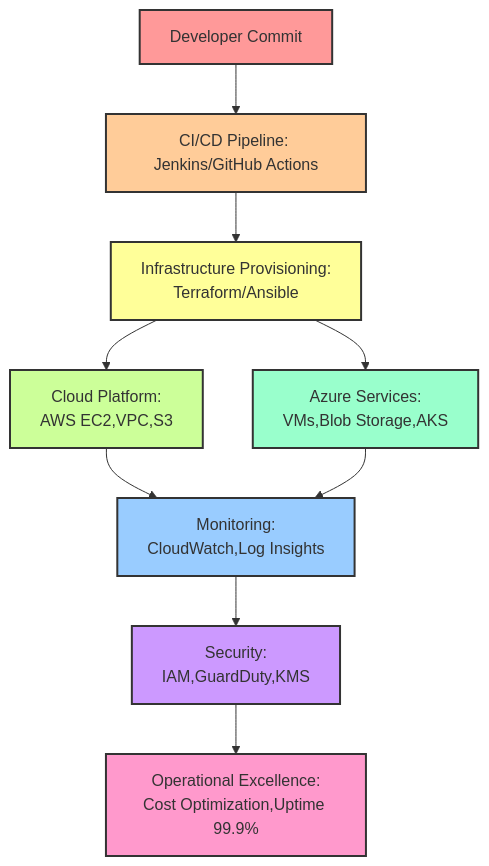
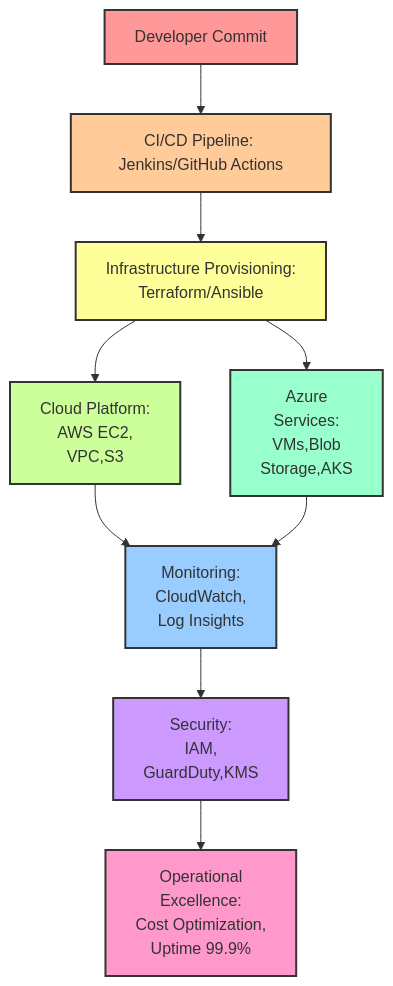
The diagram in README.md (aliceekane/aliceekane-portfolio), drawn with Mermaid before and after one commit.

````diff
--- a/README.md
+++ b/README.md
@@ -71,31 +71,38 @@
 ```mermaid
 flowchart TD
     A[Developer Commit] --> B[CI/CD Pipeline: Jenkins/GitHub Actions]
     B --> C[Infrastructure Provisioning:
 Terraform/Ansible]
     C --> D[Cloud Platform:
-AWS EC2,VPC,S3]
-    C --> E[Azure Services: 
-VMs,Blob Storage,AKS]
+AWS EC2,
+VPC,S3]
+    C --> E[Azure 
+    Services: 
+VMs,Blob 
+Storage,AKS]
     D --> F[Monitoring: 
-CloudWatch,Log Insights]
+CloudWatch,
+Log Insights]
     E --> F
     F --> G[Security: 
-IAM,GuardDuty,KMS]
-    G --> H[Operational Excellence:
-Cost Optimization,Uptime 99.9%]
+IAM,
+GuardDuty,KMS]
+    G --> H[Operational 
+    Excellence:
+Cost Optimization,
+Uptime 99.9%]
 
 
 
     %% Assigning different colors to each box
     style A fill:#FF9999,stroke:#333,stroke-width:2px
     style B fill:#FFCC99,stroke:#333,stroke-width:2px
     style C fill:#FFFF99,stroke:#333,stroke-width:2px
     style D fill:#CCFF99,stroke:#333,stroke-width:2px
     style E fill:#99FFCC,stroke:#333,stroke-width:2px
     style F fill:#99CCFF,stroke:#333,stroke-width:2px
     style G fill:#CC99FF,stroke:#333,stroke-width:2px
     style H fill:#FF99CC,stroke:#333,stroke-width:2px
 
 
 ```
````
